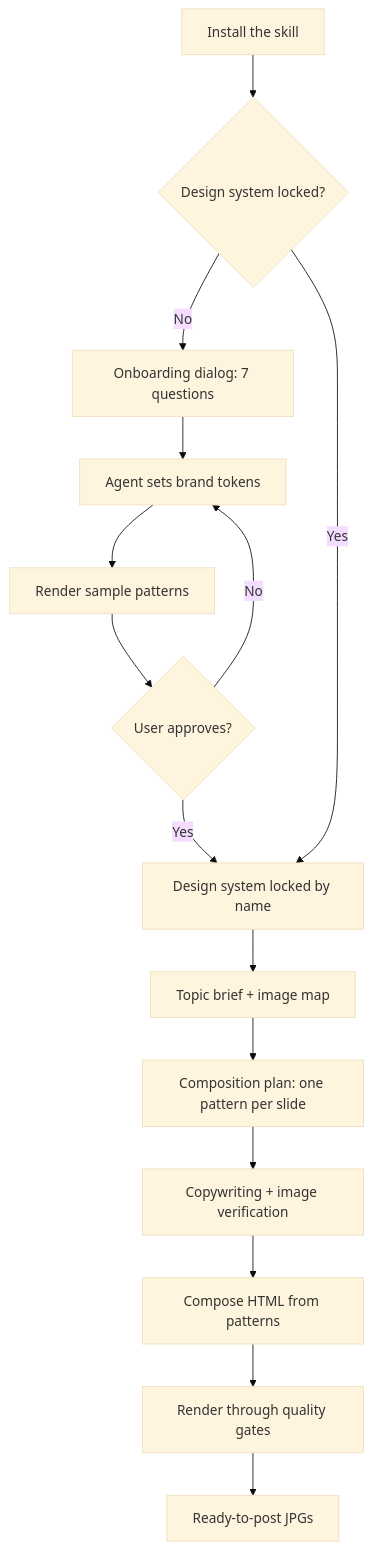
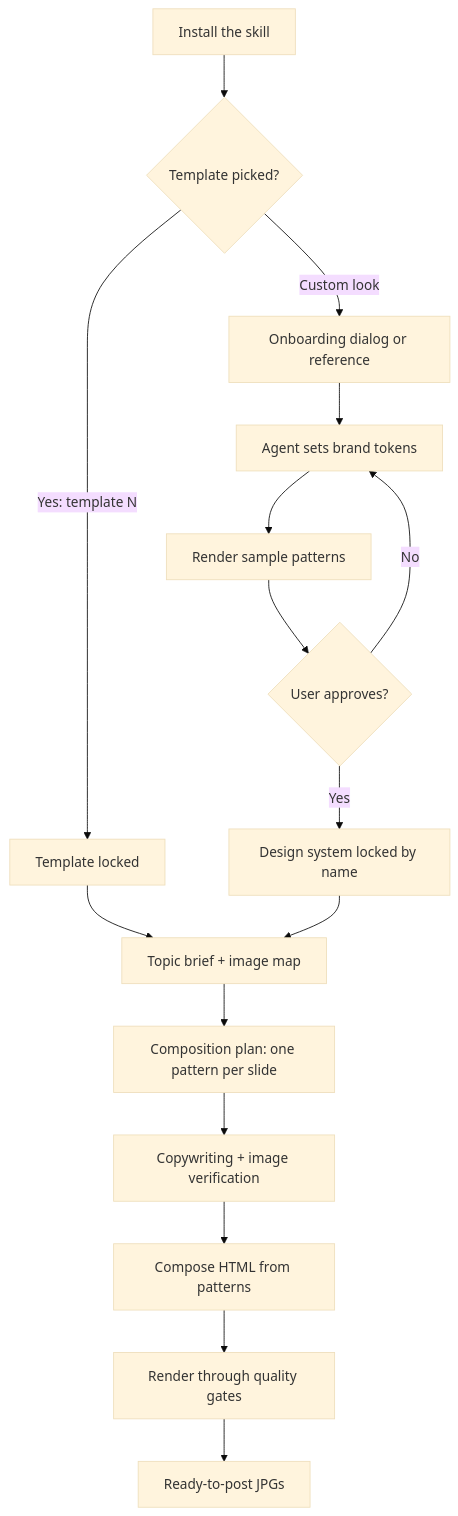
The diagram in README.md (grafisify/carouso), drawn with Mermaid (base theme) before and after one commit. The commit also changed other lines of this file and 42 other files, not shown here.

````diff
--- a/README.md
+++ b/README.md
@@ -29,17 +74,18 @@
 ```mermaid
 flowchart TD
-    A[Install the skill] --> B{Design system locked?}
-    B -->|No| C[Onboarding dialog: 7 questions]
+    A[Install the skill] --> B{Template picked?}
+    B -->|Yes: template N| G[Template locked]
+    B -->|Custom look| C[Onboarding dialog or reference]
     C --> D[Agent sets brand tokens]
     D --> E[Render sample patterns]
     E --> F{User approves?}
     F -->|No| D
-    F -->|Yes| G[Design system locked by name]
-    B -->|Yes| G
+    F -->|Yes| G2[Design system locked by name]
     G --> H[Topic brief + image map]
+    G2 --> H
     H --> I[Composition plan: one pattern per slide]
     I --> J[Copywriting + image verification]
     J --> K[Compose HTML from patterns]
     K --> L[Render through quality gates]
     L --> M[Ready-to-post JPGs]
 ```
````
